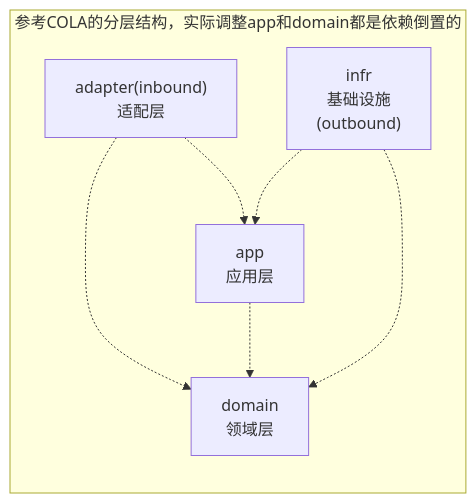
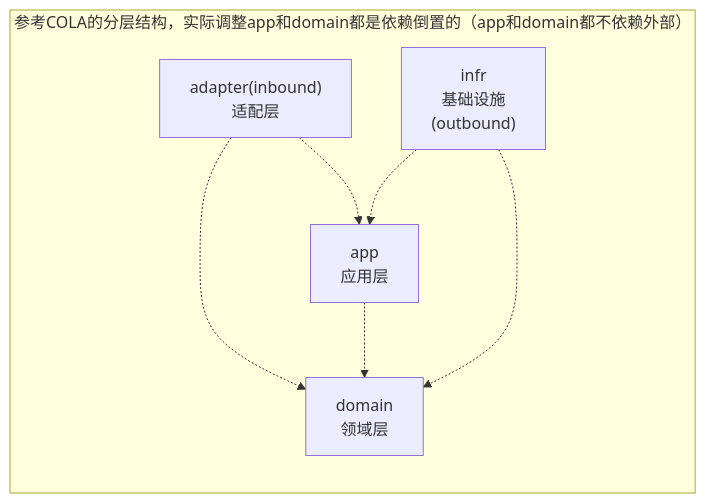
Before and after one commit to xianyu-dama/demo: the diagram in readme.md, drawn with Mermaid.

````diff
--- a/readme.md
+++ b/readme.md
@@ -51,23 +51,23 @@
 ```mermaid
 flowchart TB
 
     %% 图例
-    subgraph Legend [参考COLA的分层结构，实际调整app和domain都是依赖倒置的]
+    subgraph Legend [参考COLA的分层结构，实际调整app和domain都是依赖倒置的（app和domain都不依赖外部）]
         direction TB
 
     %% 节点定义
     InboundAdapter["adapter(inbound)<br/>适配层"]
     APP_LAYER["app<br/>应用层"]
     DOMAIN_LAYER["domain<br/>领域层"]
     INFRA_LAYER["infr<br/>基础设施<br/>(outbound)"]
 
 
     %% 依赖倒置（虚线）
     InboundAdapter -.-> APP_LAYER
     InboundAdapter -.-> DOMAIN_LAYER
     APP_LAYER -.-> DOMAIN_LAYER
     INFRA_LAYER -.-> APP_LAYER
     INFRA_LAYER -.-> DOMAIN_LAYER
 
     end
 ```
````
